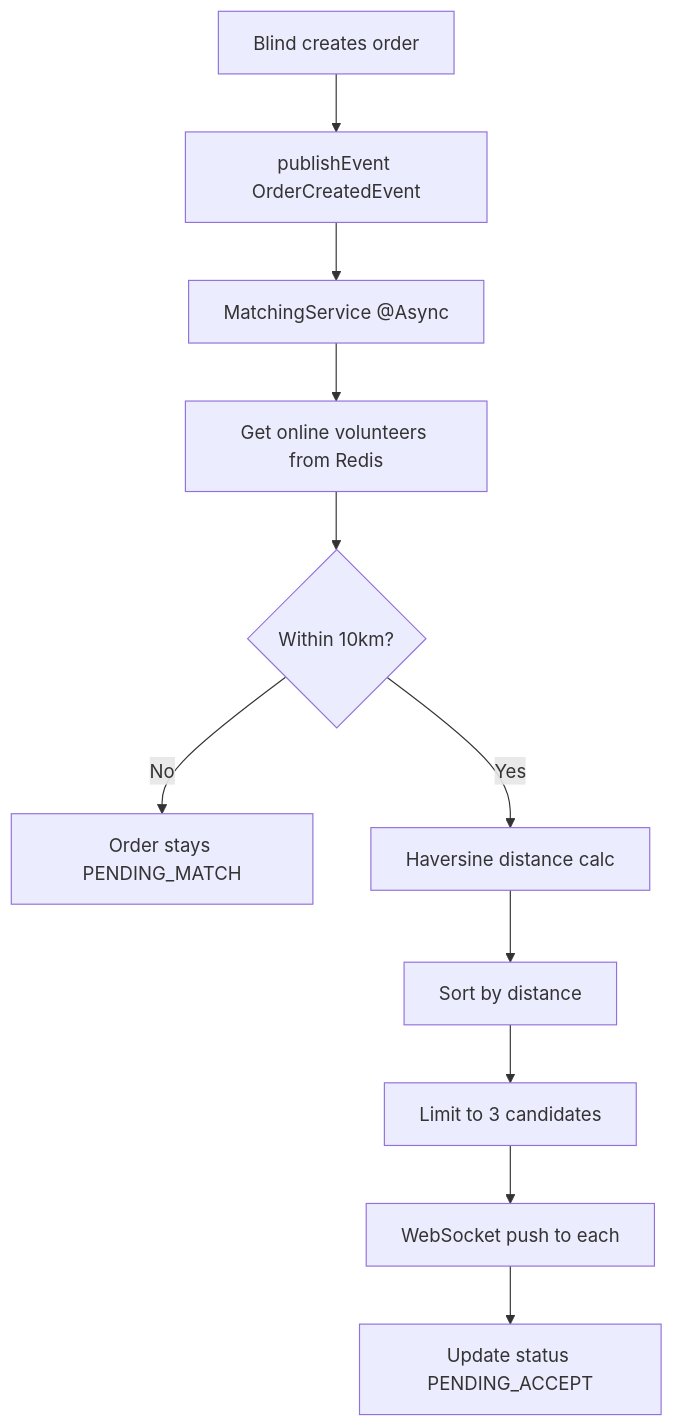
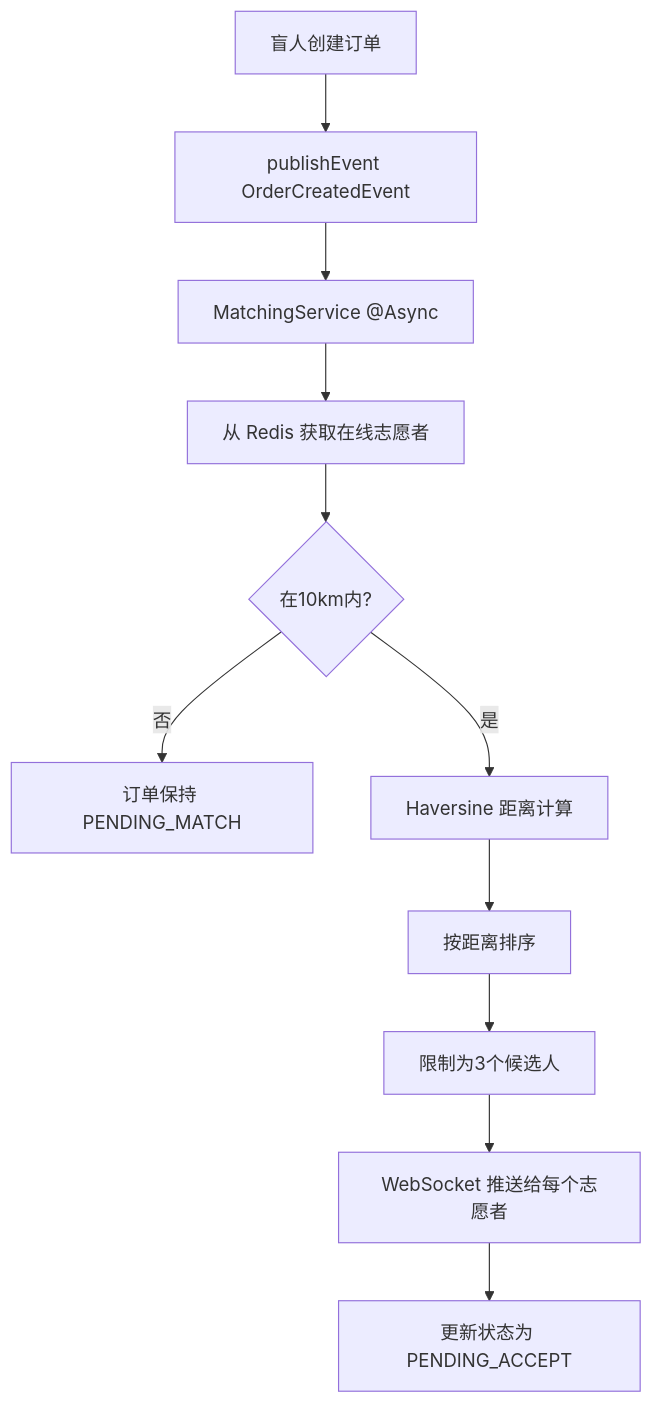
The sixth of 7 diagrams in docs/ARCHITECTURE.md (Jayden23018/blind-run-backend), drawn with Mermaid before and after one commit. The commit also changed other lines of this file and 122 other files, not shown here.

````diff
--- a/docs/ARCHITECTURE.md
+++ b/docs/ARCHITECTURE.md
@@ -341,13 +341,13 @@
 ```mermaid
 flowchart TD
-    A[Blind creates order] --> B[publishEvent OrderCreatedEvent]
+    A[盲人创建订单] --> B[publishEvent OrderCreatedEvent]
     B --> C[MatchingService @Async]
-    C --> D[Get online volunteers from Redis]
-    D --> E{Within 10km?}
-    E -->|No| F[Order stays PENDING_MATCH]
-    E -->|Yes| G[Haversine distance calc]
-    G --> H[Sort by distance]
-    H --> I[Limit to 3 candidates]
-    I --> J[WebSocket push to each]
-    J --> K[Update status PENDING_ACCEPT]
+    C --> D[从 Redis 获取在线志愿者]
+    D --> E{在10km内?}
+    E -->|否| F[订单保持 PENDING_MATCH]
+    E -->|是| G[Haversine 距离计算]
+    G --> H[按距离排序]
+    H --> I[限制为3个候选人]
+    I --> J[WebSocket 推送给每个志愿者]
+    J --> K[更新状态为 PENDING_ACCEPT]
 ```
````
